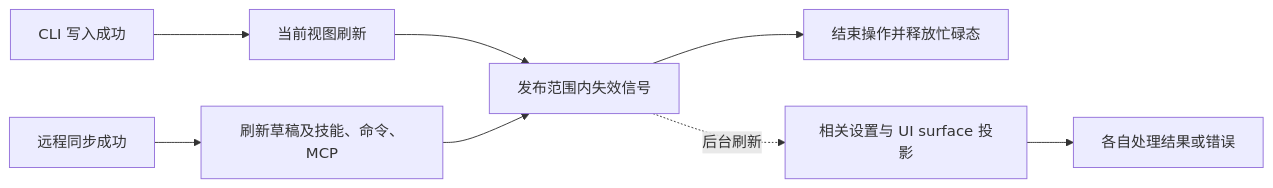
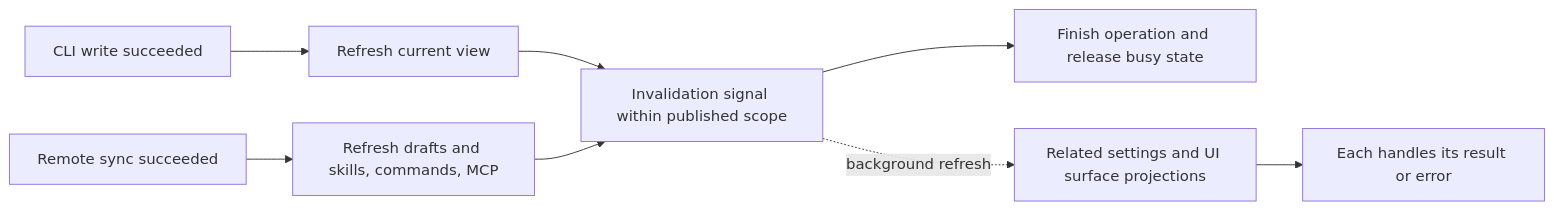
The second of 5 diagrams in docs/plugins/plugin-market-interactions-scope.md (osben/ZCode), drawn with Mermaid before and after one commit. The commit also changed other lines of this file and 18 other files, not shown here.

````diff
--- a/docs/plugins/plugin-market-interactions-scope.md
+++ b/docs/plugins/plugin-market-interactions-scope.md
@@ -93,10 +123,10 @@
 ```mermaid
 flowchart LR
-  W[CLI 写入成功] --> R[当前视图刷新]
-  R --> N[发布范围内失效信号]
-  N --> D[结束操作并释放忙碌态]
-  N -.后台刷新.-> V[相关设置与 UI surface 投影]
-  V --> E[各自处理结果或错误]
-  S[远程同步成功] --> C[刷新草稿及技能、命令、MCP]
+  W[CLI write succeeded] --> R[Refresh current view]
+  R --> N[Invalidation signal within published scope]
+  N --> D[Finish operation and release busy state]
+  N -.background refresh.-> V[Related settings and UI surface projections]
+  V --> E[Each handles its result or error]
+  S[Remote sync succeeded] --> C[Refresh drafts and skills, commands, MCP]
   C --> N
 ```
````
